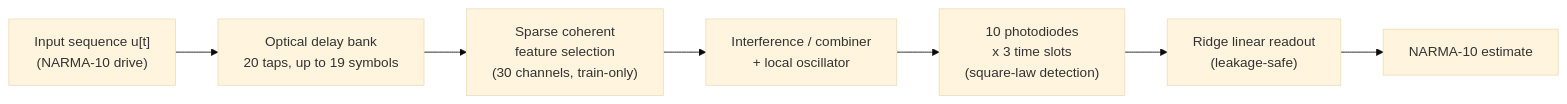
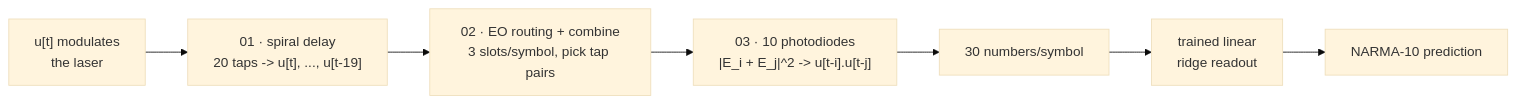
One commit to hasanklnc011-alt/spiral-delay-reservoir changed the diagram in README.md. Above: the diagram before and after it, drawn with Mermaid (base theme). The commit also changed other lines of this file and 8 other files, not shown here.

First line of the commit message:
Add end-to-end "how it works" figure and plain-language README walk-through

````diff
--- a/README.md
+++ b/README.md
@@ -121,9 +181,9 @@
 ```mermaid
 flowchart LR
-  A["Input sequence u[t]<br/>(NARMA-10 drive)"] --> B["Optical delay bank<br/>20 taps, up to 19 symbols"]
-  B --> C["Sparse coherent<br/>feature selection<br/>(30 channels, train-only)"]
-  C --> D["Interference / combiner<br/>+ local oscillator"]
-  D --> E["10 photodiodes<br/>x 3 time slots<br/>(square-law detection)"]
-  E --> F["Ridge linear readout<br/>(leakage-safe)"]
-  F --> G["NARMA-10 estimate"]
+  A["u[t] modulates<br/>the laser"] --> B["01 · spiral delay<br/>20 taps -> u[t], ..., u[t-19]"]
+  B --> C["02 · EO routing + combine<br/>3 slots/symbol, pick tap pairs"]
+  C --> D["03 · 10 photodiodes<br/>|E_i + E_j|^2 -> u[t-i].u[t-j]"]
+  D --> E["30 numbers/symbol"]
+  E --> F["trained linear<br/>ridge readout"]
+  F --> G["NARMA-10 prediction"]
 ```
````
